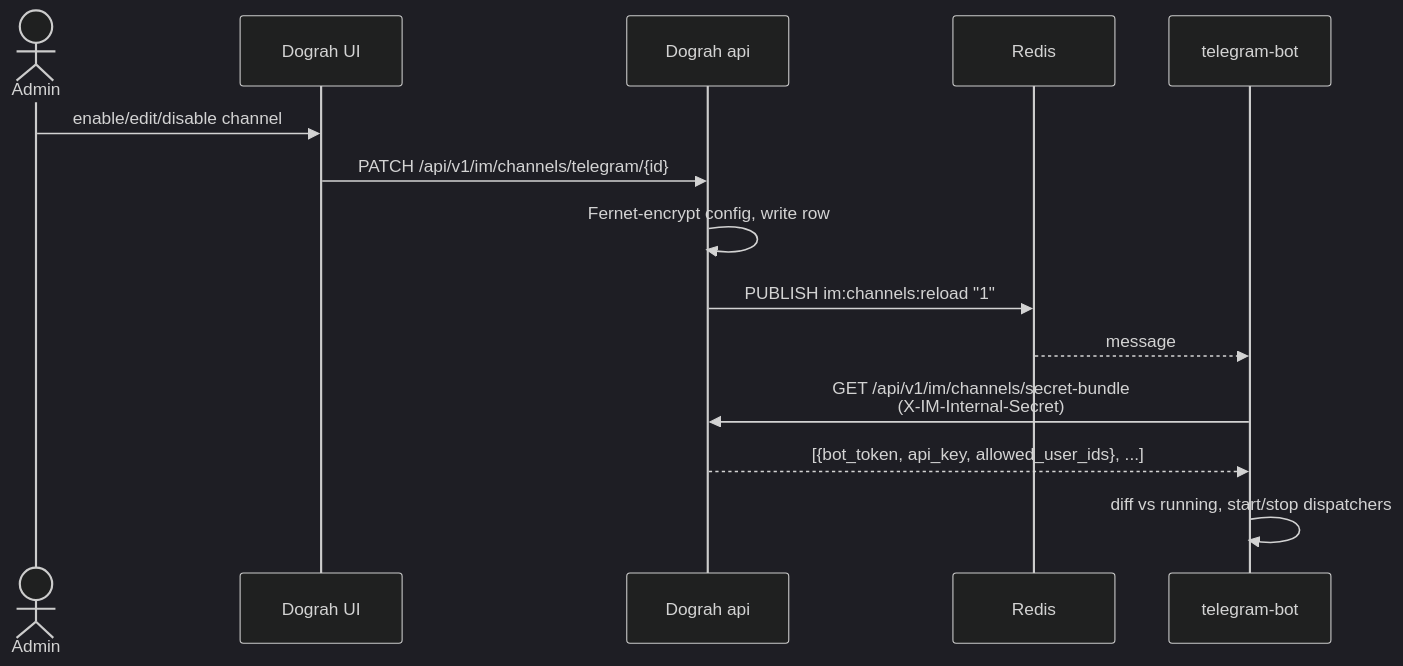
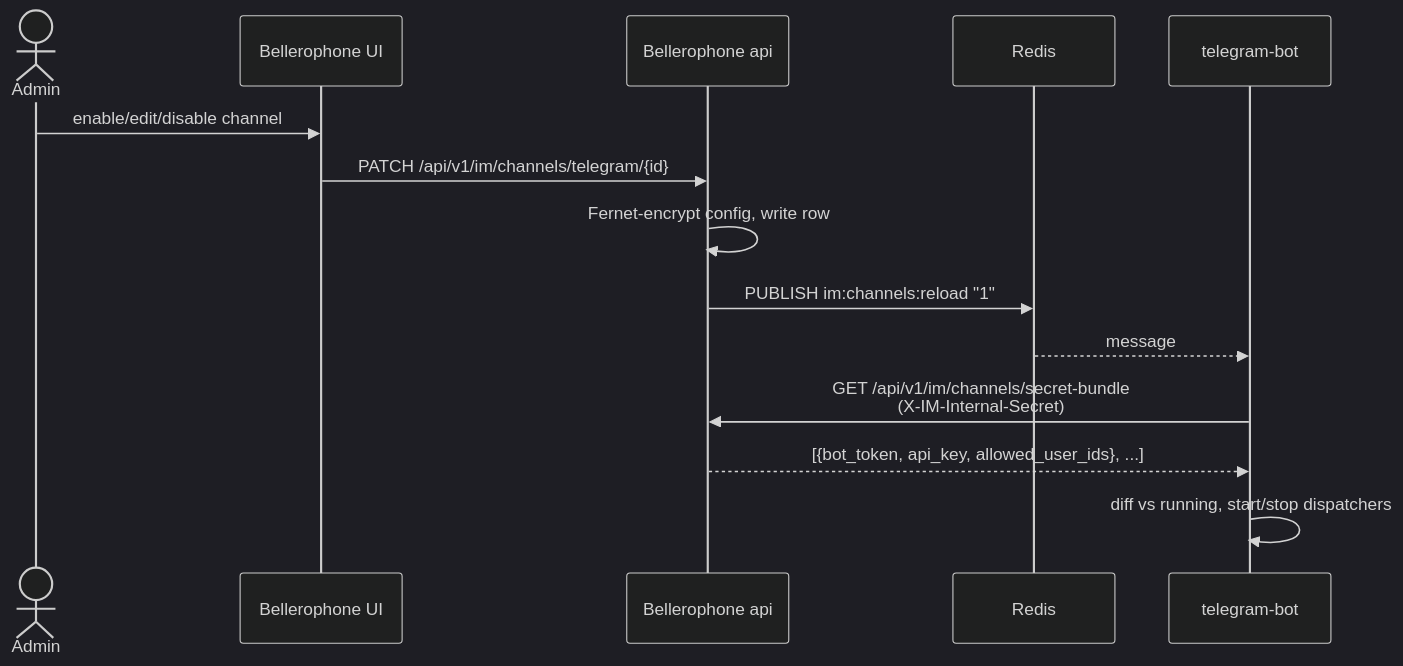
The fourth of 4 diagrams in docs/channels/architecture.md (stefandsl/dograh), drawn with Mermaid (dark theme) before and after one commit. The commit also changed other lines of this file and 84 other files, not shown here.

First line of the commit message:
docs: rebrand Dograh -> Bellerophone (prose, headings, logos)

````diff
--- a/docs/channels/architecture.md
+++ b/docs/channels/architecture.md
@@ -98,17 +98,17 @@
 ```mermaid
 sequenceDiagram
     actor Admin
-    participant UI as Dograh UI
-    participant A as Dograh api
+    participant UI as Bellerophone UI
+    participant A as Bellerophone api
     participant R as Redis
     participant B as telegram-bot
 
     Admin->>UI: enable/edit/disable channel
     UI->>A: PATCH /api/v1/im/channels/telegram/{id}
     A->>A: Fernet-encrypt config, write row
     A->>R: PUBLISH im:channels:reload "1"
     R-->>B: message
     B->>A: GET /api/v1/im/channels/secret-bundle<br/>(X-IM-Internal-Secret)
     A-->>B: [{bot_token, api_key, allowed_user_ids}, ...]
     B->>B: diff vs running, start/stop dispatchers
 ```
````
